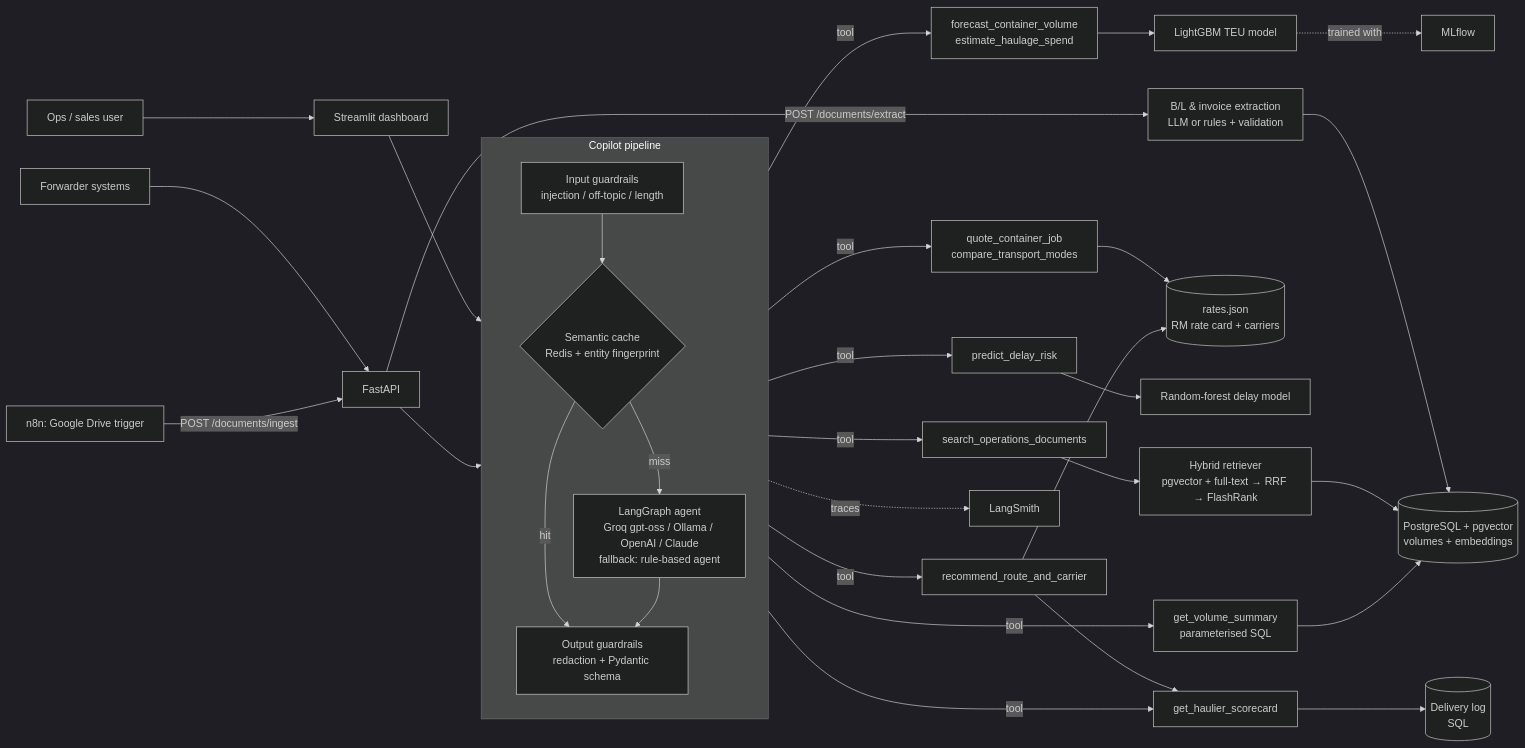
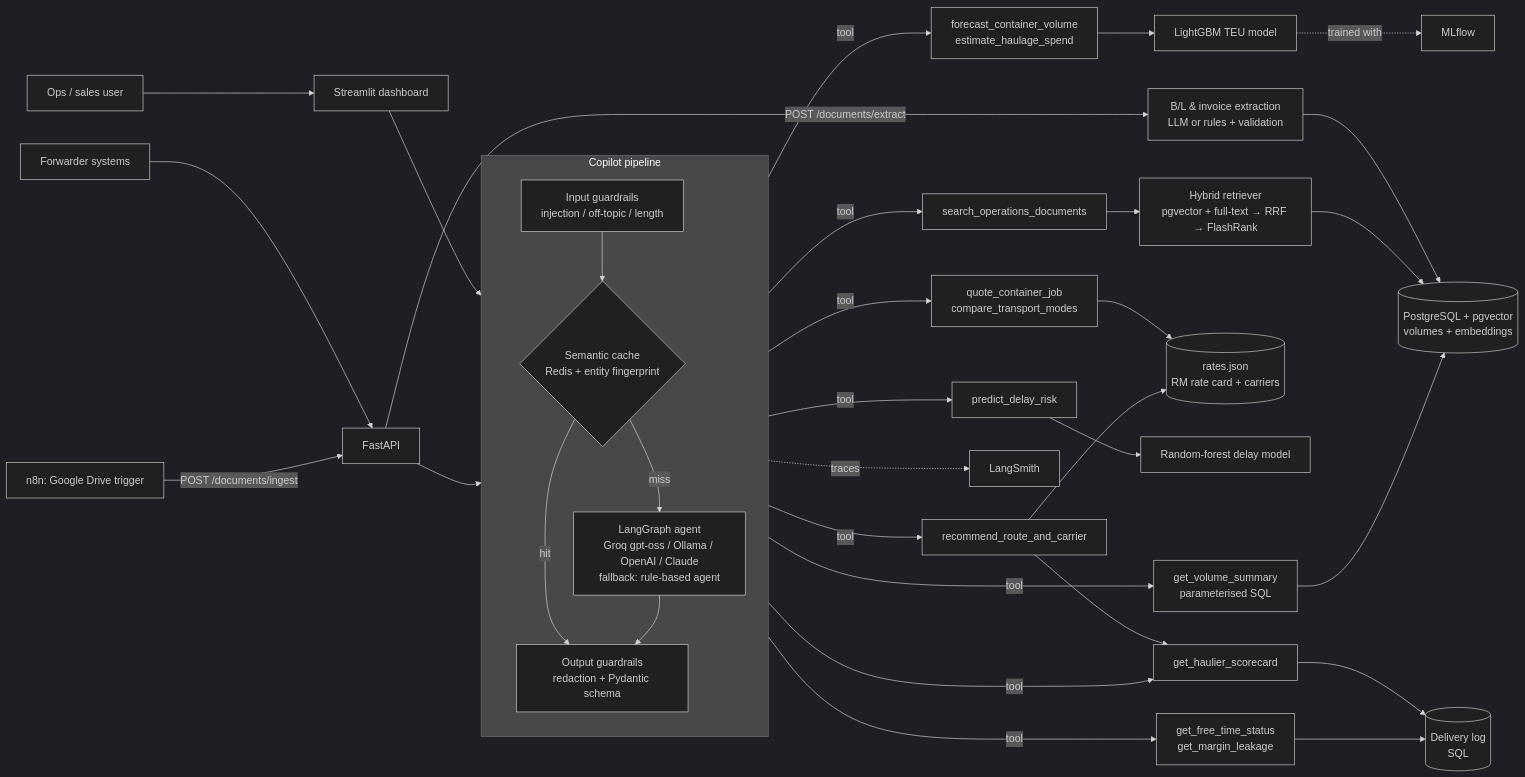
Before and after one commit to kl2412018279-ux/supply-chain-ai-copilot: the diagram in README.md, drawn with Mermaid (dark theme). The commit also changed other lines of this file and 19 other files, not shown here.

````diff
--- a/README.md
+++ b/README.md
@@ -43,38 +47,40 @@
 ```mermaid
 flowchart LR
     U[Ops / sales user] --> UI[Streamlit dashboard]
     F[Forwarder systems] --> API[FastAPI]
     N8N[n8n: Google Drive trigger] -->|POST /documents/ingest| API
     UI --> COP
     API --> COP
 
     subgraph COP[Copilot pipeline]
         direction TB
         G1[Input guardrails<br/>injection / off-topic / length] --> C{Semantic cache<br/>Redis + entity fingerprint}
         C -- hit --> OUT
         C -- miss --> AG[LangGraph agent<br/>Groq gpt-oss / Ollama / OpenAI / Claude<br/>fallback: rule-based agent]
         AG --> OUT[Output guardrails<br/>redaction + Pydantic schema]
     end
 
     AG -->|tool| Q[quote_container_job<br/>compare_transport_modes]
     AG -->|tool| FC[forecast_container_volume<br/>estimate_haulage_spend]
     AG -->|tool| V[get_volume_summary<br/>parameterised SQL]
     AG -->|tool| D[search_operations_documents]
     AG -->|tool| R[recommend_route_and_carrier]
     AG -->|tool| DR[predict_delay_risk]
     AG -->|tool| HS[get_haulier_scorecard]
+    AG -->|tool| OPS[get_free_time_status<br/>get_margin_leakage]
 
     Q --> RC[(rates.json<br/>RM rate card + carriers)]
     R --> RC
     R --> HS
     DR --> RF[Random-forest delay model]
     HS --> DL[(Delivery log<br/>SQL)]
+    OPS --> DL
     API -->|POST /documents/extract| X[B/L & invoice extraction<br/>LLM or rules + validation]
     X --> PG
     FC --> LGB[LightGBM TEU model]
     D --> HR[Hybrid retriever<br/>pgvector + full-text → RRF → FlashRank]
     HR --> PG[(PostgreSQL + pgvector<br/>volumes + embeddings)]
     V --> PG
     AG -. traces .-> LS[LangSmith]
     LGB -. trained with .-> MLF[MLflow]
 ```
````
